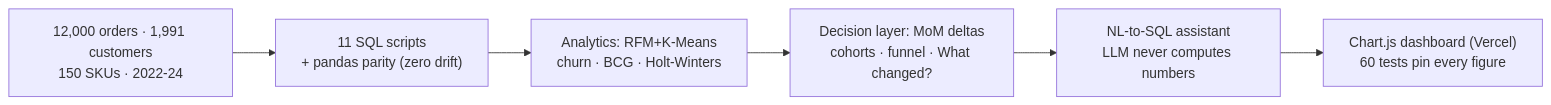
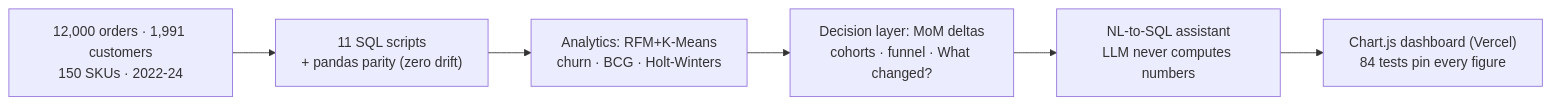
One commit to rishi-1603/E_commerce-Sales-and-Data-Analytics changed the diagram in README.md. Above: the diagram before and after it, drawn with Mermaid. The commit also changed other lines of this file and 6 other files, not shown here.

````diff
--- a/README.md
+++ b/README.md
@@ -40,8 +40,8 @@
 ```mermaid
 flowchart LR
     A["12,000 orders · 1,991 customers<br/>150 SKUs · 2022-24"] --> B["11 SQL scripts<br/>+ pandas parity (zero drift)"]
     B --> C["Analytics: RFM+K-Means<br/>churn · BCG · Holt-Winters"]
     C --> D["Decision layer: MoM deltas<br/>cohorts · funnel · What changed?"]
     D --> E["NL-to-SQL assistant<br/>LLM never computes numbers"]
-    E --> F["Chart.js dashboard (Vercel)<br/>60 tests pin every figure"]
+    E --> F["Chart.js dashboard (Vercel)<br/>84 tests pin every figure"]
 ```
````
